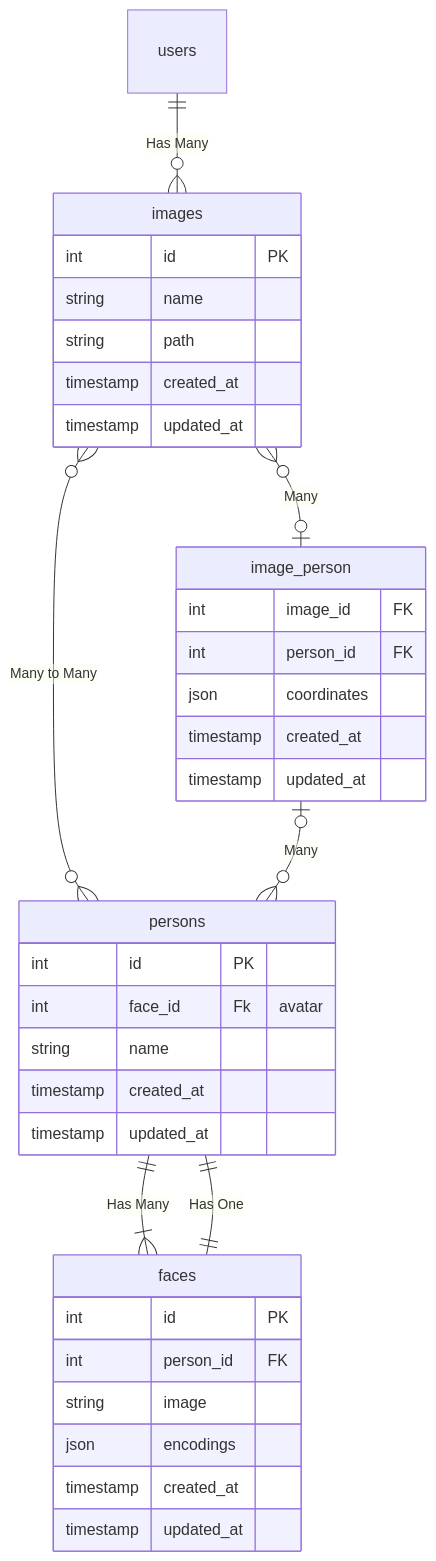
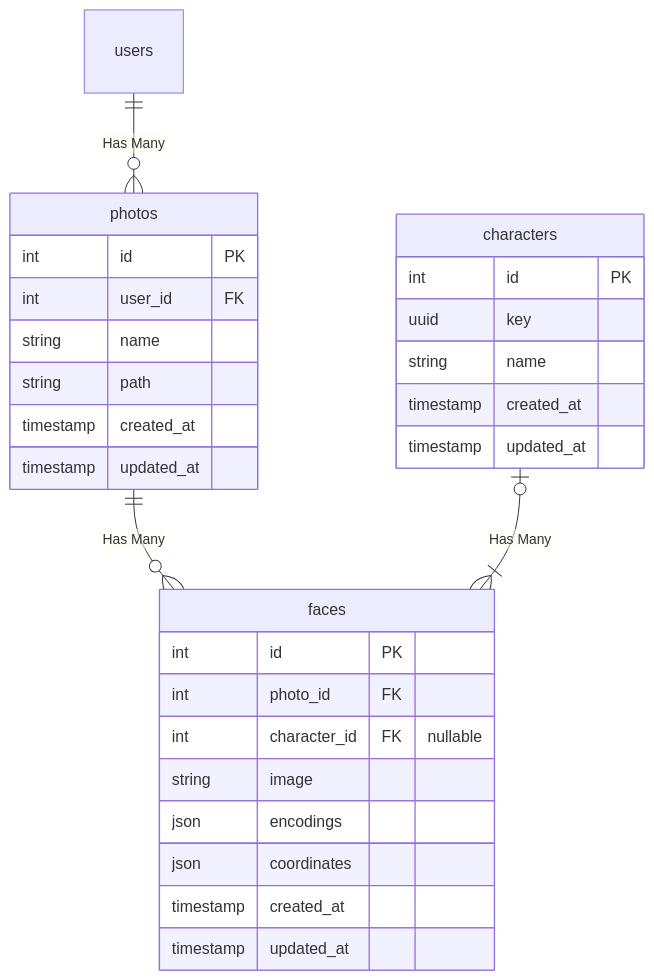
One commit to Nothehi/Foto changed the diagram in README.md. Above: the diagram before and after it, drawn with Mermaid. The commit also changed other lines of this file, not shown here.

Commit message:
Fix database analysis diagram

````diff
--- a/README.md
+++ b/README.md
@@ -31,43 +22,34 @@
 ```mermaid
-    erDiagram
-        users ||--o{ images : "Has Many"
-        images }o--o{ persons : "Many to Many"
-        persons ||--|{ faces : "Has Many"
-        faces ||--|| persons : "Has One"
+erDiagram
+    users ||--o{ photos : "Has Many"
+    photos ||--o{ faces : "Has Many"
+    characters |o--|{ faces : "Has Many"
 
-        images {
-            int id PK
-            string name
-            string path
-            timestamp created_at
-            timestamp updated_at
-        }
+    photos {
+        int id PK
+        int user_id FK
+        string name
+        string path
+        timestamp created_at
+        timestamp updated_at
+    }
 
-        image_person {
-            int image_id FK
-            int person_id FK
-            json coordinates
-            timestamp created_at
-            timestamp updated_at
-        }
+    characters {
+        int id PK
+        uuid key
+        string name
+        timestamp created_at
+        timestamp updated_at
+    }
 
-        persons {
-            int id PK
-            int face_id Fk "avatar"
-            string name
-            timestamp created_at
-            timestamp updated_at
-        }
-
-        images }o--o| image_person  : "Many"
-        image_person |o--o{ persons : "Many"
-
-        faces {
-            int id PK
-            int person_id FK
-            string image
-            json encodings
-            timestamp created_at
-            timestamp updated_at
-        }
+    faces {
+        int id PK
+        int photo_id FK
+        int character_id FK "nullable"
+        string image
+        json encodings
+        json coordinates
+        timestamp created_at
+        timestamp updated_at
+    }
 ```
````
